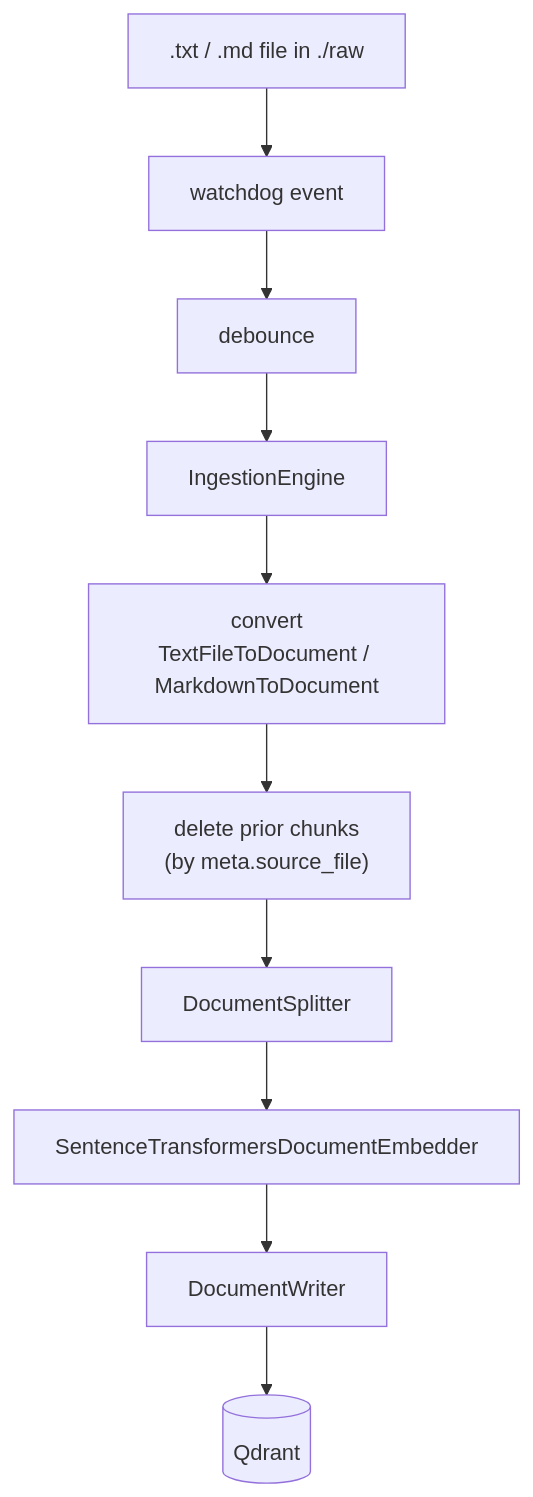
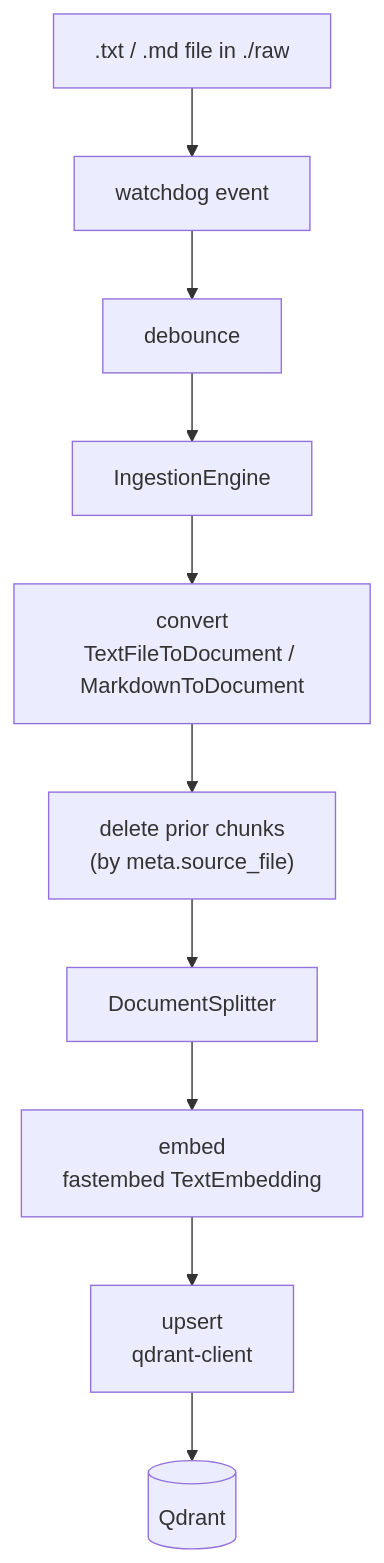
One commit to carlessanagustin/ingest-memory-rag changed the second of 2 diagrams in README.md. Above: the diagram before and after it, drawn with Mermaid. The commit also changed other lines of this file and 4 other files, not shown here.

````diff
--- a/README.md
+++ b/README.md
@@ -52,12 +54,12 @@
 ```mermaid
 flowchart TD
     A[".txt / .md file in ./raw"] --> B["watchdog event"]
     B --> C["debounce"]
     C --> D["IngestionEngine"]
     D --> E["convert<br/>TextFileToDocument / MarkdownToDocument"]
     E --> F["delete prior chunks<br/>(by meta.source_file)"]
     F --> G["DocumentSplitter"]
-    G --> H["SentenceTransformersDocumentEmbedder"]
-    H --> I["DocumentWriter"]
+    G --> H["embed<br/>fastembed TextEmbedding"]
+    H --> I["upsert<br/>qdrant-client"]
     I --> Q[("Qdrant")]
 ```
````
